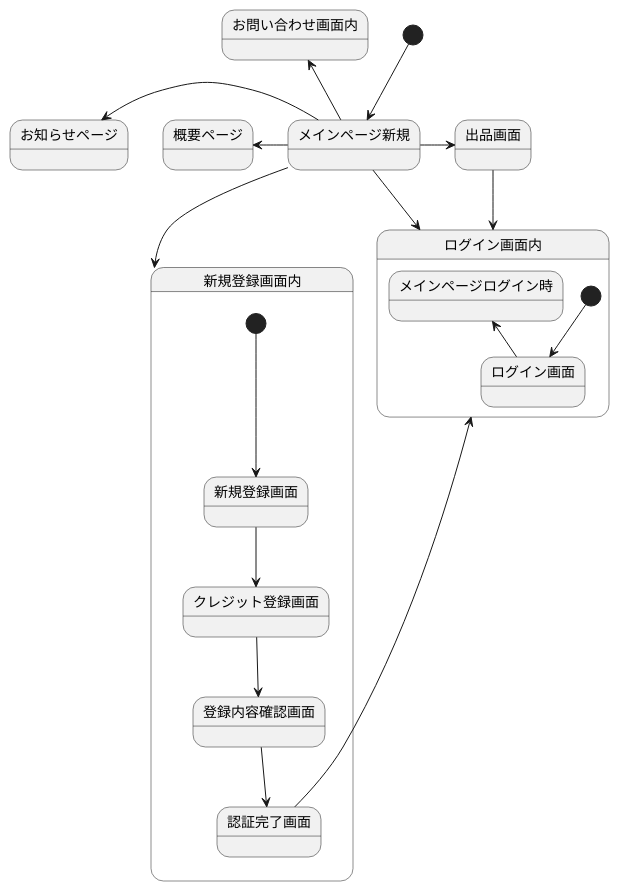
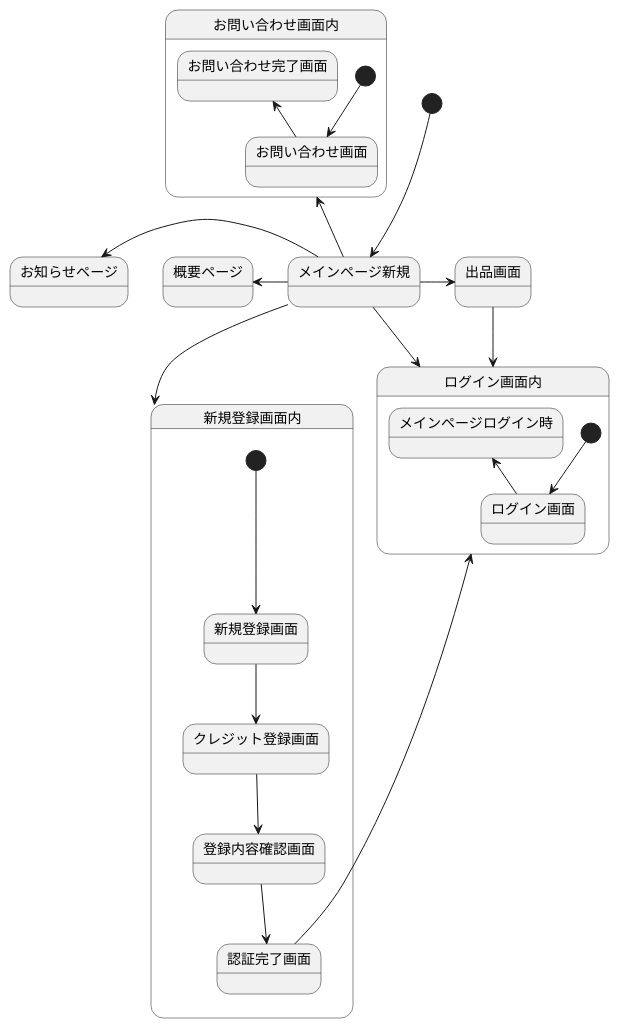
The diagram in 画面遷移図.md (Aso2001147/2021SystemDesign), drawn with PlantUML before and after one commit.

````diff
--- a/画面遷移図.md
+++ b/画面遷移図.md
@@ -1,27 +1,32 @@
 ```uml
 @startuml
 [*] --> メインページ新規
 メインページ新規 -left-> 概要ページ
 メインページ新規 -up-> お問い合わせ画面内
 メインページ新規 -left-> お知らせページ
 メインページ新規 --> ログイン画面内
 メインページ新規 --> 新規登録画面内
 メインページ新規 -> 出品画面
 出品画面 -> ログイン画面内
 
 
 state 新規登録画面内{
 [*] --> 新規登録画面
 新規登録画面 -down-> クレジット登録画面
 クレジット登録画面 -down-> 登録内容確認画面
 登録内容確認画面 -down-> 認証完了画面
 認証完了画面 -up-> ログイン画面内
 }
 
 state ログイン画面内{
 [*] -down-> ログイン画面
 ログイン画面 -up-> メインページログイン時
 }
 
+state お問い合わせ画面内{
+[*] -down-> お問い合わせ画面
+お問い合わせ画面 -up-> お問い合わせ完了画面
+}
+
 @enduml
 ```
````
